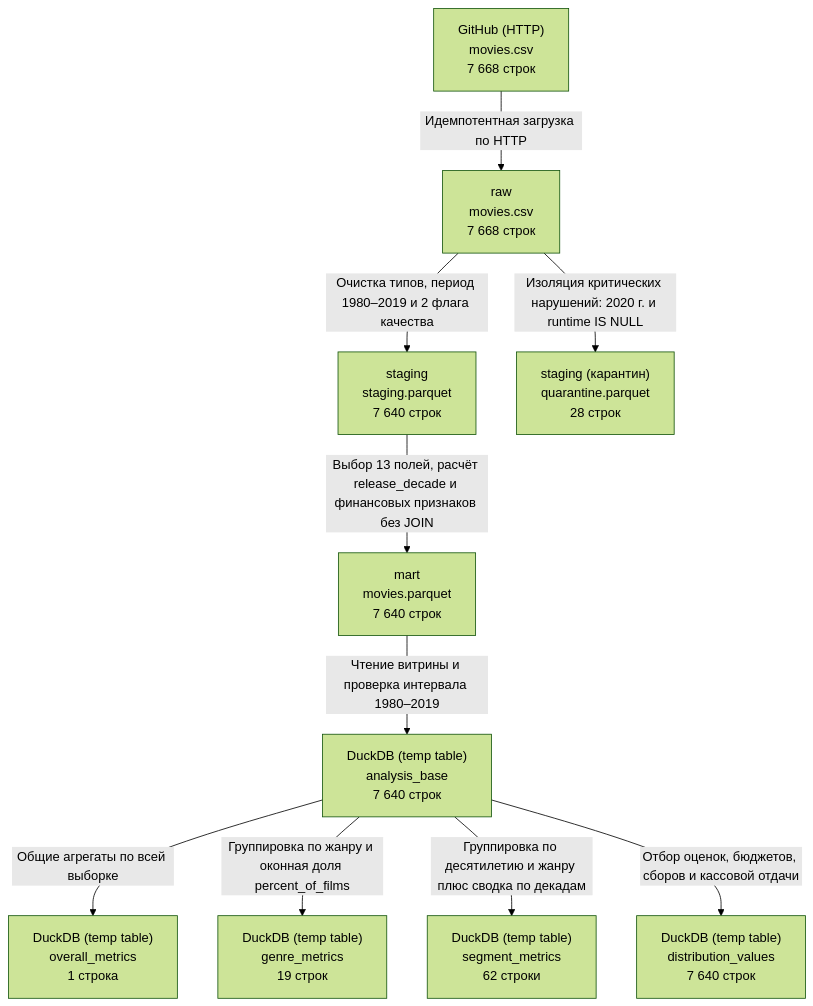
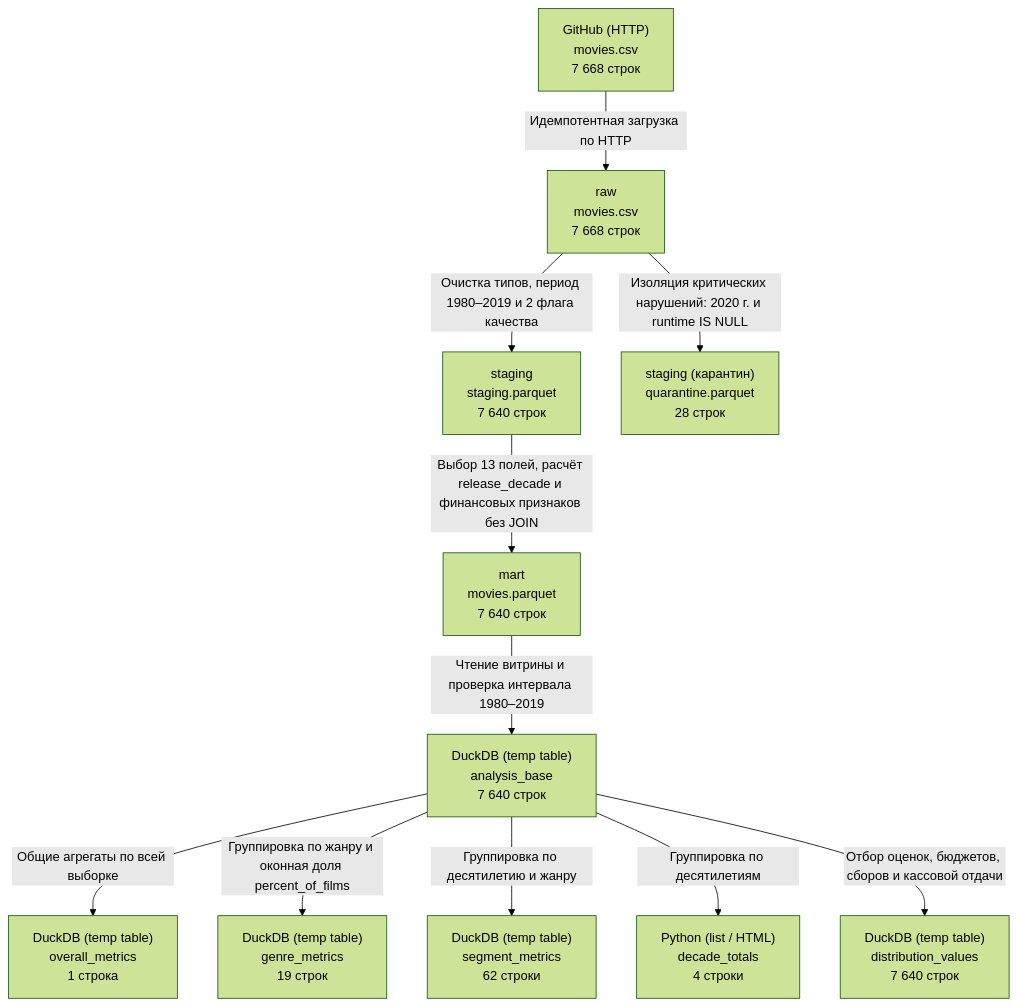
The diagram in docs/lineage.md (swmenz/itad-labs), drawn with Mermaid (forest theme) before and after one commit. The commit also changed other lines of this file, not shown here.

Commit message:
lab-06: вынос decade_totals отдельным узлом схемы по ревью

````diff
--- a/docs/lineage.md
+++ b/docs/lineage.md
@@ -27,23 +27,25 @@
 ```mermaid
 flowchart TD
     Source["GitHub (HTTP)<br/>movies.csv<br/>7 668 строк"]
     Raw["raw<br/>movies.csv<br/>7 668 строк"]
     Staging["staging<br/>staging.parquet<br/>7 640 строк"]
     Quarantine["staging (карантин)<br/>quarantine.parquet<br/>28 строк"]
     Mart["mart<br/>movies.parquet<br/>7 640 строк"]
     Base["DuckDB (temp table)<br/>analysis_base<br/>7 640 строк"]
     Overall["DuckDB (temp table)<br/>overall_metrics<br/>1 строка"]
     Genre["DuckDB (temp table)<br/>genre_metrics<br/>19 строк"]
     Segments["DuckDB (temp table)<br/>segment_metrics<br/>62 строки"]
+    Decades["Python (list / HTML)<br/>decade_totals<br/>4 строки"]
     Distribution["DuckDB (temp table)<br/>distribution_values<br/>7 640 строк"]
 
     Source -->|Идемпотентная загрузка по HTTP| Raw
     Raw -->|Очистка типов, период 1980–2019 и 2 флага качества| Staging
     Raw -->|Изоляция критических нарушений: 2020 г. и runtime IS NULL| Quarantine
     Staging -->|Выбор 13 полей, расчёт release_decade и финансовых признаков без JOIN| Mart
     Mart -->|Чтение витрины и проверка интервала 1980–2019| Base
     Base -->|Общие агрегаты по всей выборке| Overall
     Base -->|Группировка по жанру и оконная доля percent_of_films| Genre
-    Base -->|Группировка по десятилетию и жанру плюс сводка по декадам| Segments
+    Base -->|Группировка по десятилетию и жанру| Segments
+    Base -->|Группировка по десятилетиям| Decades
     Base -->|Отбор оценок, бюджетов, сборов и кассовой отдачи| Distribution
 ```
````
